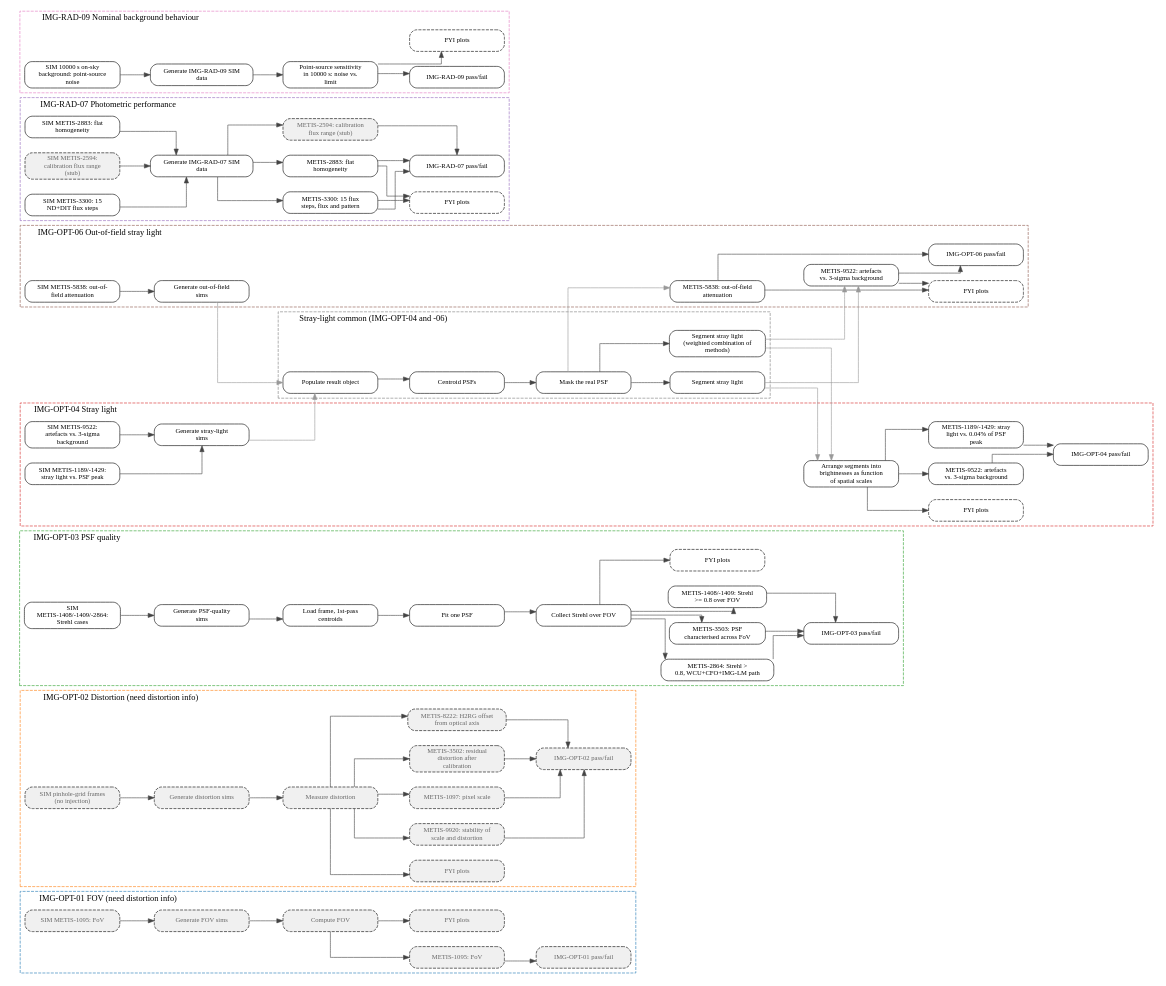
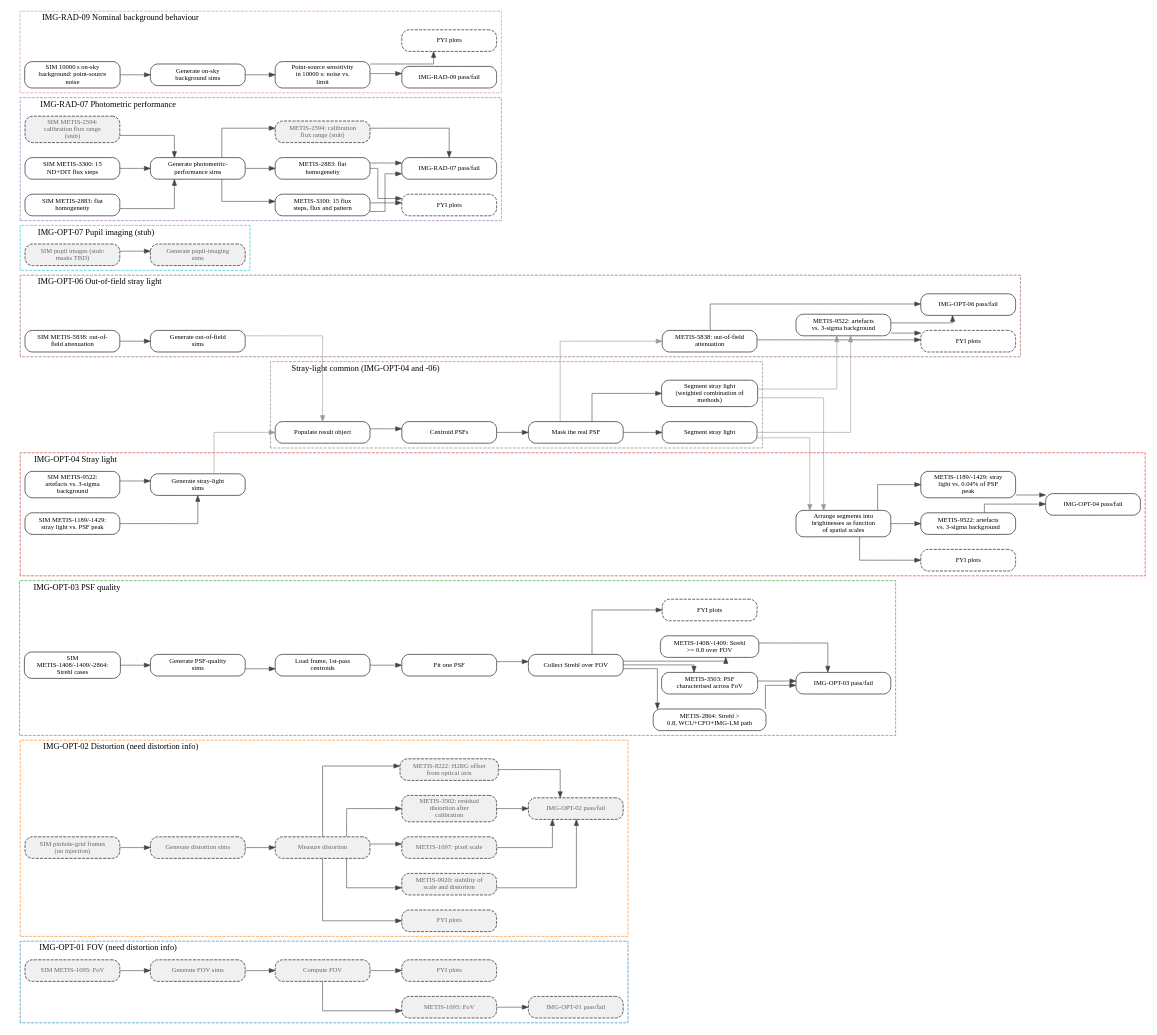
Before and after one commit to mwanakijiji/metis_work: the diagram in docs/uml/pipeline_flow.dot, drawn with Graphviz. The commit also changed 5 other files, not shown here.

```diff
--- a/docs/uml/pipeline_flow.dot
+++ b/docs/uml/pipeline_flow.dot
@@ -93,6 +93,15 @@
     img_04_fyi_plots;
   }
 
+  subgraph cluster_img_opt_07_pupil_imaging_stub {
+    label="IMG-OPT-07 Pupil imaging (stub)";
+    labeljust=l;
+    style="dashed";
+    color="#17becf";
+    simulate_img_07_pupil_imaging;
+    generate_pupil_imaging_sim;
+  }
+
   subgraph cluster_img_rad_07_photometric_performance {
     label="IMG-RAD-07 Photometric performance";
     labeljust=l;
@@ -132,12 +141,14 @@
   generate_stray_light_sim [label="Generate stray-light\nsims"];
   sim_img_06_metis_5838 [label="SIM METIS-5838: out-of-\nfield attenuation"];
   generate_out_of_field_sim [label="Generate out-of-field\nsims"];
+  simulate_img_07_pupil_imaging [label="SIM pupil images (stub:\nmasks TBD)", style="rounded,dashed,filled", fillcolor="#f0f0f0", fontcolor="#666666"];
+  generate_pupil_imaging_sim [label="Generate pupil-imaging\nsims", style="rounded,dashed,filled", fillcolor="#f0f0f0", fontcolor="#666666"];
   simulate_metis_2594 [label="SIM METIS-2594:\ncalibration flux range\n(stub)", style="rounded,dashed,filled", fillcolor="#f0f0f0", fontcolor="#666666"];
   simulate_metis_2883 [label="SIM METIS-2883: flat\nhomogeneity"];
   simulate_metis_3300 [label="SIM METIS-3300: 15\nND+DIT flux steps"];
-  generate_phot_performance_sim [label="Generate IMG-RAD-07 SIM\ndata"];
+  generate_phot_performance_sim [label="Generate photometric-\nperformance sims"];
   simulate_rad_09_sensitivity [label="SIM 10000 s on-sky\nbackground: point-source\nnoise"];
-  generate_nominal_background_sim [label="Generate IMG-RAD-09 SIM\ndata"];
+  generate_nominal_background_sim [label="Generate on-sky\nbackground sims"];
   prepare_psf_grid [label="Load frame, 1st-pass\ncentroids"];
   process_one_psf [label="Fit one PSF"];
   collect_strehls [label="Collect Strehl over FOV"];
@@ -180,22 +191,24 @@
   img_04_fyi_plots [label="FYI plots", style="rounded,dashed,filled"];
   img_06_fyi_plots [label="FYI plots", style="rounded,dashed,filled"];
 
-  { rank=same; sim_img_01_metis_1095; sim_img_02_grid_frames; sim_img_03_strehl_cases; sim_img_06_metis_5838; sim_img_04_metis_1189_1429; sim_img_04_metis_9522; simulate_metis_2594; simulate_metis_2883; simulate_metis_3300; simulate_rad_09_sensitivity; }
+  { rank=same; sim_img_01_metis_1095; sim_img_02_grid_frames; sim_img_03_strehl_cases; sim_img_06_metis_5838; sim_img_04_metis_1189_1429; sim_img_04_metis_9522; simulate_img_07_pupil_imaging; simulate_metis_2594; simulate_metis_2883; simulate_metis_3300; simulate_rad_09_sensitivity; }
   sim_img_01_metis_1095 -> sim_img_02_grid_frames [style=invis];
   sim_img_02_grid_frames -> sim_img_03_strehl_cases [style=invis];
   sim_img_03_strehl_cases -> sim_img_06_metis_5838 [style=invis];
   sim_img_06_metis_5838 -> sim_img_04_metis_1189_1429 [style=invis];
   sim_img_04_metis_1189_1429 -> sim_img_04_metis_9522 [style=invis];
-  sim_img_04_metis_9522 -> simulate_metis_2594 [style=invis];
+  sim_img_04_metis_9522 -> simulate_img_07_pupil_imaging [style=invis];
+  simulate_img_07_pupil_imaging -> simulate_metis_2594 [style=invis];
   simulate_metis_2594 -> simulate_metis_2883 [style=invis];
   simulate_metis_2883 -> simulate_metis_3300 [style=invis];
   simulate_metis_3300 -> simulate_rad_09_sensitivity [style=invis];
-  { rank=same; generate_fov_sim; generate_distortion_sim; generate_psf_quality_sim; generate_out_of_field_sim; generate_stray_light_sim; generate_phot_performance_sim; generate_nominal_background_sim; }
+  { rank=same; generate_fov_sim; generate_distortion_sim; generate_psf_quality_sim; generate_out_of_field_sim; generate_stray_light_sim; generate_pupil_imaging_sim; generate_phot_performance_sim; generate_nominal_background_sim; }
   generate_fov_sim -> generate_distortion_sim [style=invis];
   generate_distortion_sim -> generate_psf_quality_sim [style=invis];
   generate_psf_quality_sim -> generate_out_of_field_sim [style=invis];
   generate_out_of_field_sim -> generate_stray_light_sim [style=invis];
-  generate_stray_light_sim -> generate_phot_performance_sim [style=invis];
+  generate_stray_light_sim -> generate_pupil_imaging_sim [style=invis];
+  generate_pupil_imaging_sim -> generate_phot_performance_sim [style=invis];
   generate_phot_performance_sim -> generate_nominal_background_sim [style=invis];
   { rank=same; fov_calc; image_distortion; prepare_psf_grid; populate_result_obj_info; img_rad_07_metis_2594_check; img_rad_07_metis_2883_check; img_rad_07_metis_3300_check; img_rad_09_sens_10000s_check; }
   fov_calc -> image_distortion [style=invis];
@@ -245,6 +258,7 @@
   sim_img_04_metis_1189_1429 -> generate_stray_light_sim [weight=10];
   sim_img_04_metis_9522 -> generate_stray_light_sim [weight=10];
   sim_img_06_metis_5838 -> generate_out_of_field_sim [weight=10];
+  simulate_img_07_pupil_imaging -> generate_pupil_imaging_sim [weight=10];
   simulate_metis_2594 -> generate_phot_performance_sim [weight=10];
   simulate_metis_2883 -> generate_phot_performance_sim [weight=10];
   simulate_metis_3300 -> generate_phot_performance_sim [weight=10];
```
